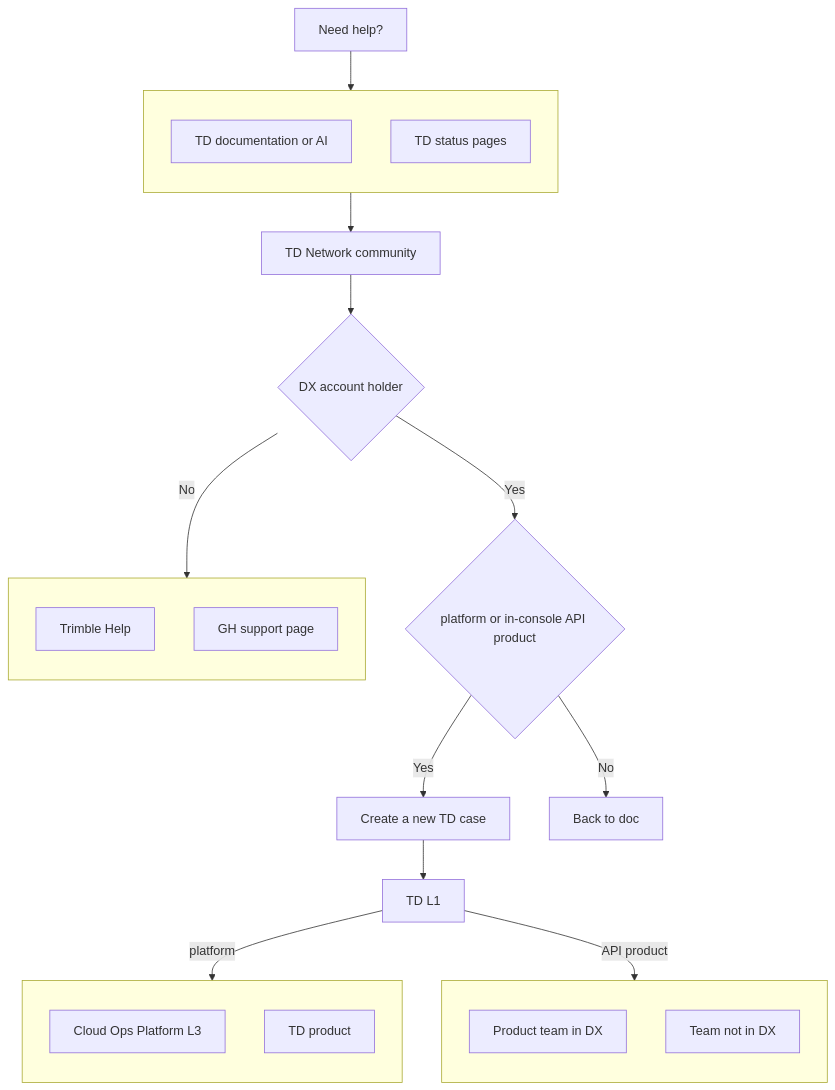
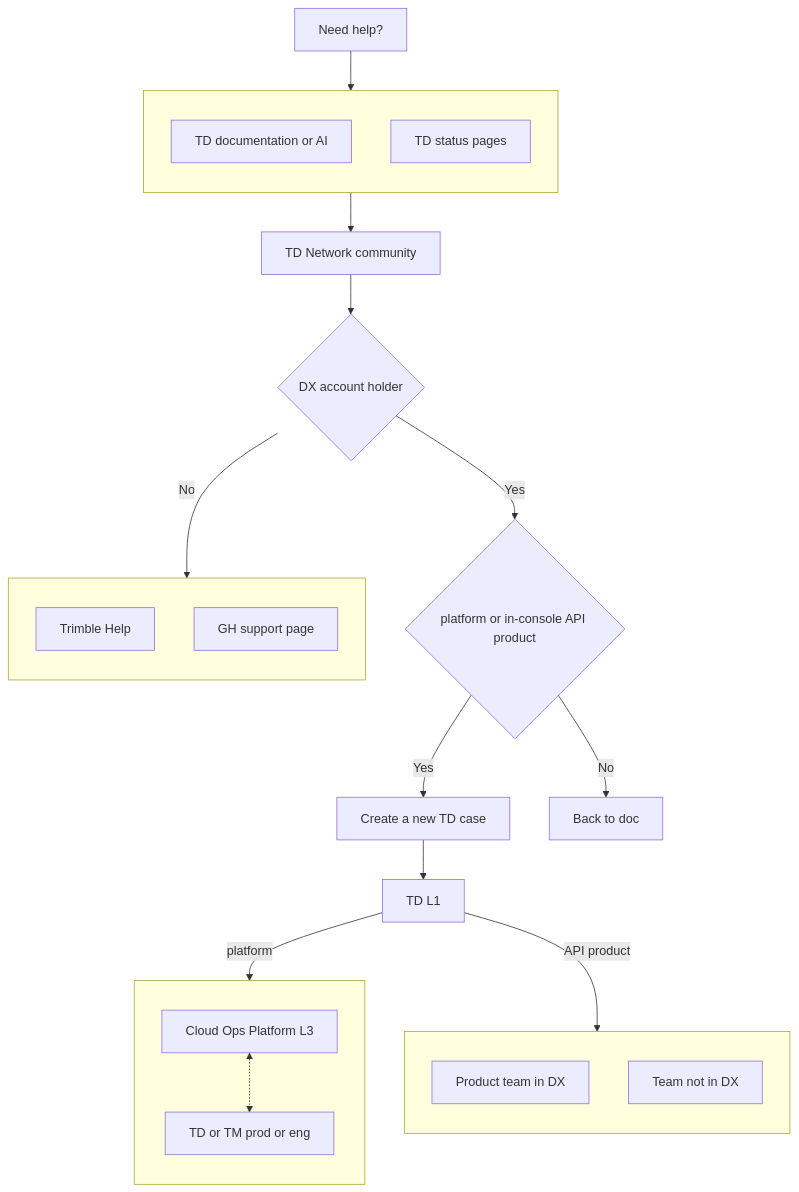
Before and after one commit to noel-tw/noel-tw.github.io: the diagram in image/developer/help.md, drawn with Mermaid. The commit also changed 2 other files, not shown here.

````diff
--- a/image/developer/help.md
+++ b/image/developer/help.md
@@ -1,47 +1,48 @@
 ```mermaid
 flowchart TD
 	needhelp[Need help?]
 
 	subgraph options[" "]
 		direction TB
 		documentation["TD documentation or AI"]
 		pages["TD status pages"]
 	end
 
 	subgraph nondx[" "]
 		direction TB
 		helpportal["Trimble Help"]
 		contact["GH support page"]
 	end
 
 	needhelp --> options
 
 	community["TD Network community"]
 	dxholder{"DX account holder"}
 
 	options --> community
 	community --> dxholder
 
 	dxholder -->|Yes| casetype{"platform or in-console API product"}
 	dxholder -->|No| nondx
 
 	casetype -->|Yes| createcase["Create a new TD case"]
 	casetype -->|No| dxback["Back to doc"]
 
 	createcase --> tdl1["TD L1"]
 
 	subgraph platbranch[" "]
 		direction TB
 		cloudops["Cloud Ops Platform L3"]
-		tdproduct["TD product"]
+		tdmpl["TD or TM prod or eng"]
+		cloudops <-.-> tdmpl
 	end
 
 	subgraph apibranch[" "]
 		direction TB
 		productteam["Product team in DX"]
-		productnondx["Team not in DX"]
+		teamnotindx["Team not in DX"]
 	end
 
 	tdl1 -->|platform| platbranch
 	tdl1 -->|API product| apibranch
 ```
````
